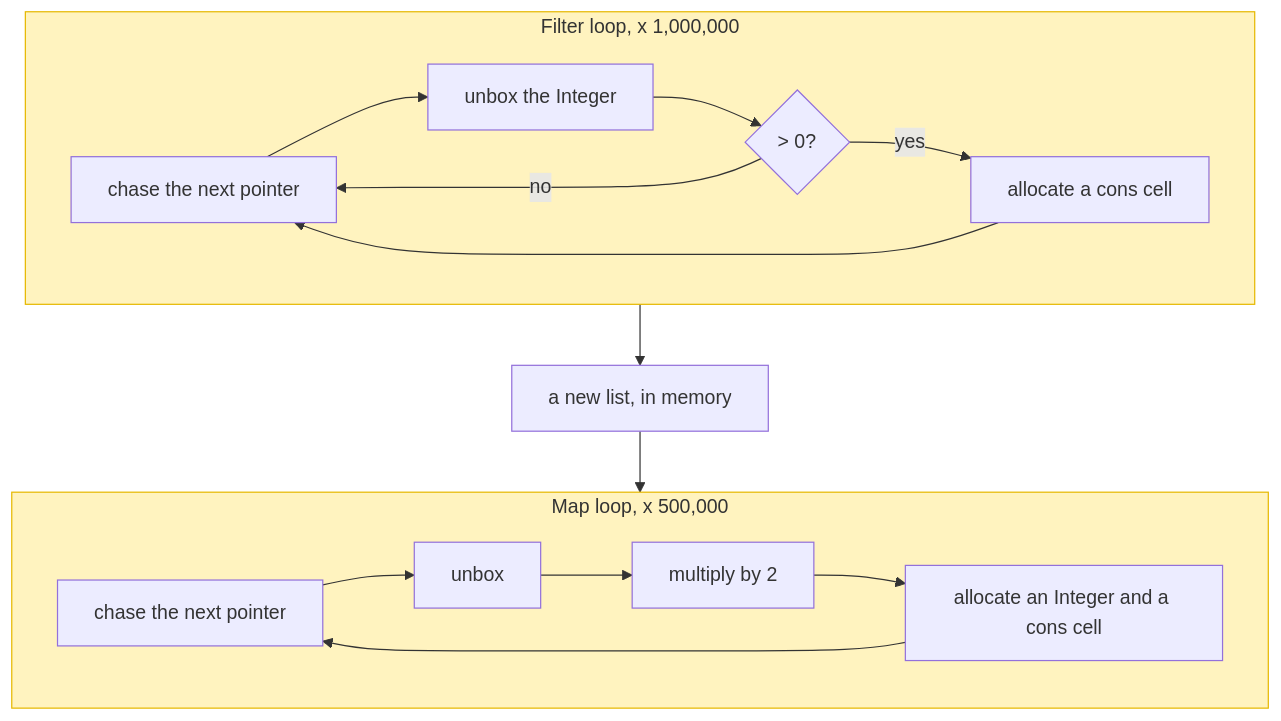
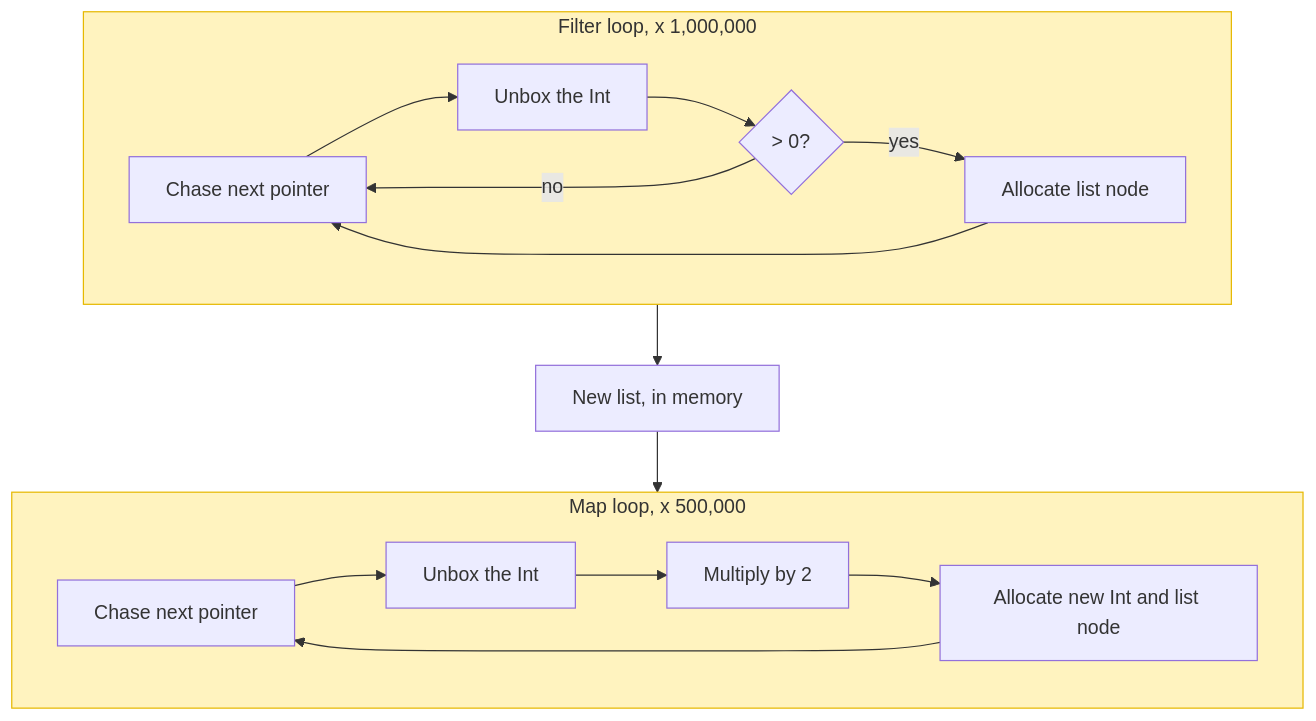
Before and after one commit to ewoodbury/ewoodbury.com: the first of 4 diagrams in content/posts/2026-10-03_sparklet_fusion/index.md, drawn with Mermaid. The commit also changed other lines of this file, not shown here.

Commit message:
Shorten the vectorized post diagram labels.

````diff
--- a/content/posts/2026-10-03_sparklet_fusion/index.md
+++ b/content/posts/2026-10-03_sparklet_fusion/index.md
@@ -50,20 +50,20 @@
 ```mermaid
 flowchart TD
   subgraph filt["Filter loop, x 1,000,000"]
-    f1["chase the next pointer"] --> f2["unbox the Integer"]
+    f1["Chase next pointer"] --> f2["Unbox the Int"]
     f2 --> f3{"> 0?"}
     f3 -->|no| f1
-    f3 -->|yes| f4["allocate a cons cell"]
+    f3 -->|yes| f4["Allocate list node"]
     f4 --> f1
   end
-  mid1["a new list, in memory"]
+  mid1["New list, in memory"]
   subgraph mapl["Map loop, x 500,000"]
-    m1["chase the next pointer"] --> m2["unbox"]
-    m2 --> m3["multiply by 2"]
-    m3 --> m4["allocate an Integer and a cons cell"]
+    m1["Chase next pointer"] --> m2["Unbox the Int"]
+    m2 --> m3["Multiply by 2"]
+    m3 --> m4["Allocate new Int and list node"]
     m4 --> m1
   end
   filt --> mid1 --> mapl
   style filt fill:#fff3bf,stroke:#e6b800
   style mapl fill:#fff3bf,stroke:#e6b800
 ```
````
